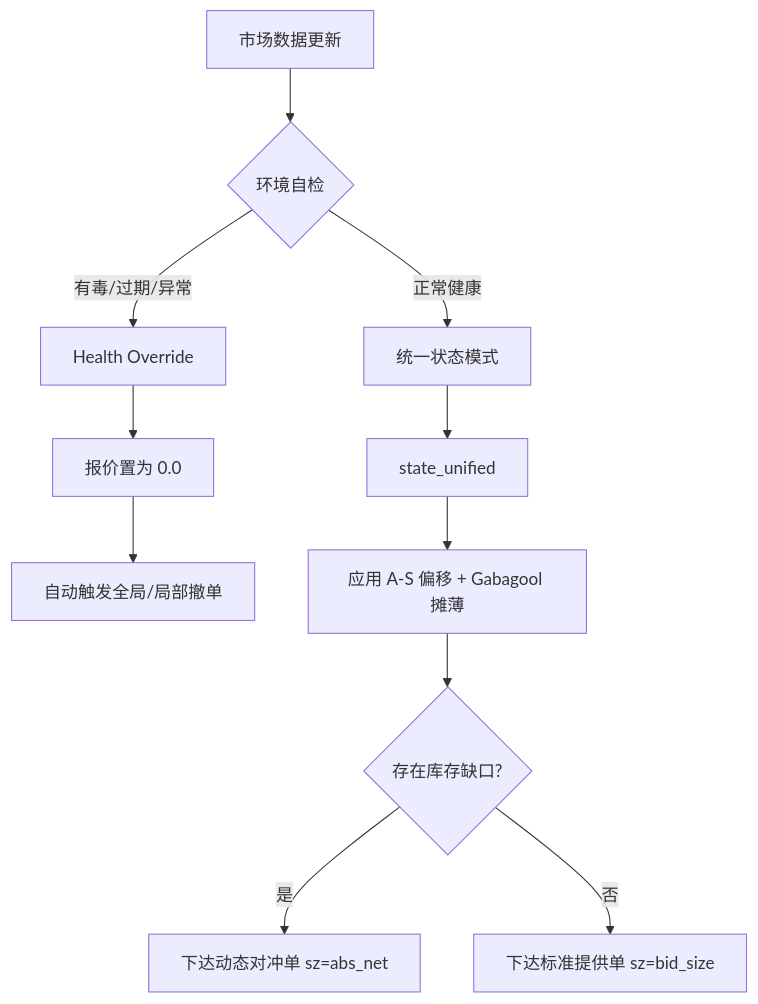
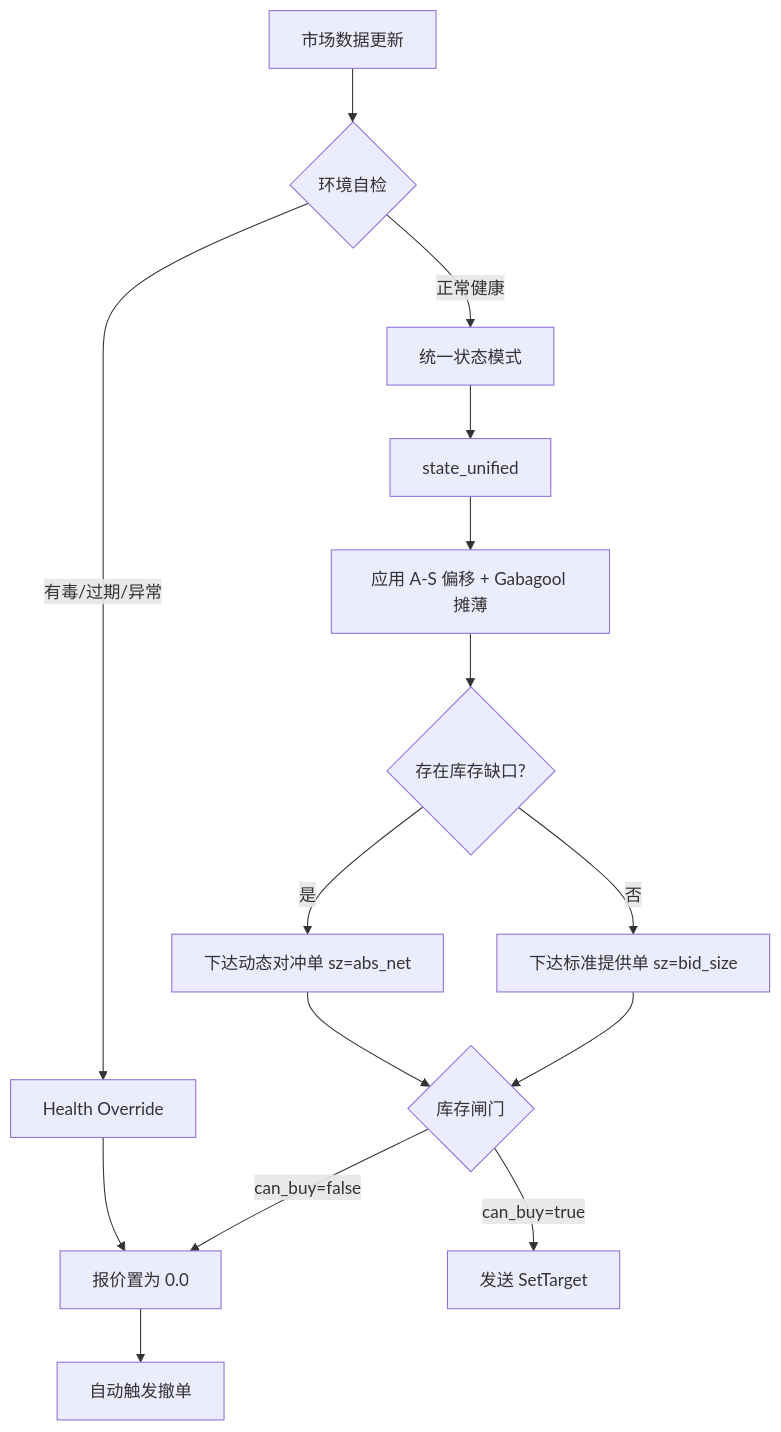
One commit to hot3246624/pm_as_ofi changed the diagram in docs/STRATEGY_V2_CORE_ZH.md. Above: the diagram before and after it, drawn with Mermaid. The commit also changed other lines of this file and 4 other files, not shown here.

````diff
--- a/docs/STRATEGY_V2_CORE_ZH.md
+++ b/docs/STRATEGY_V2_CORE_ZH.md
@@ -18,15 +18,19 @@
 ```mermaid
 graph TD
     A[市场数据更新] --> B{环境自检}
     B -- 有毒/过期/异常 --> C[Health Override]
     B -- 正常健康 --> D[统一状态模式]
-    
+
     C --> G[报价置为 0.0]
-    G --> H[自动触发全局/局部撤单]
-    
+    G --> H[自动触发撤单]
+
     D --> I[state_unified]
     I --> J[应用 A-S 偏移 + Gabagool 摊薄]
     J --> K{存在库存缺口?}
     K -- 是 --> L[下达动态对冲单 sz=abs_net]
     K -- 否 --> M[下达标准提供单 sz=bid_size]
+    L --> N{库存闸门}
+    M --> N
+    N -- can_buy=false --> G
+    N -- can_buy=true --> O[发送 SetTarget]
 ```
````
